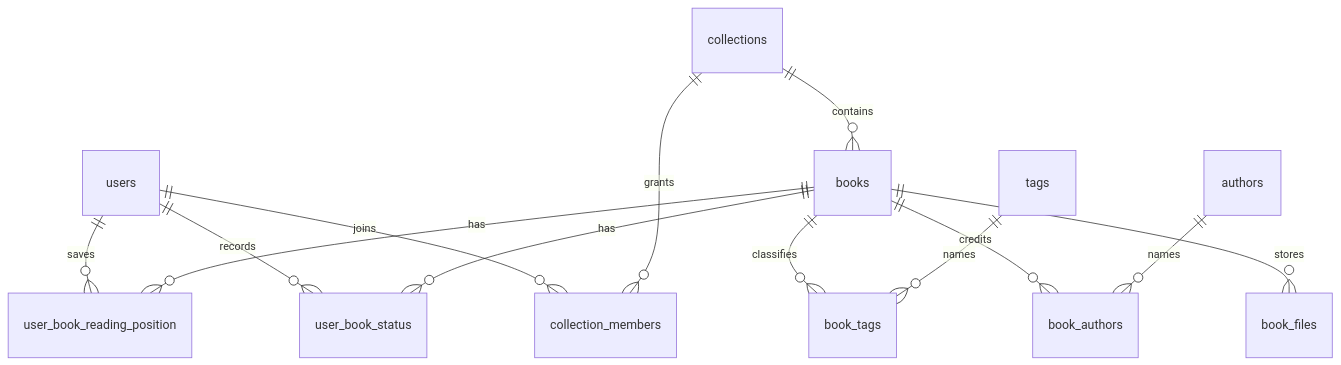
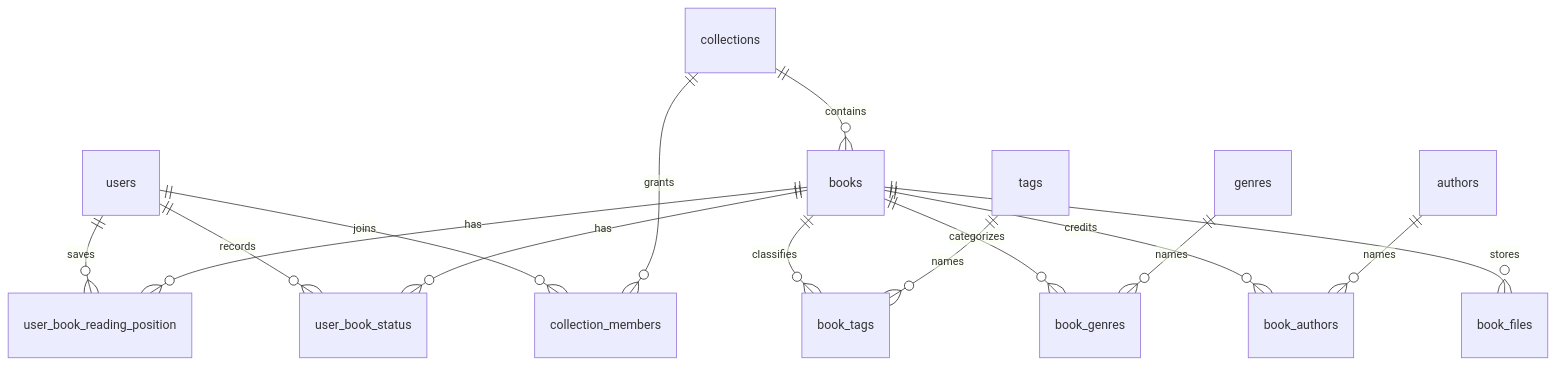
Before and after one commit to lancewilhelm/delb: the diagram in docs/developing/data-model.md, drawn with Mermaid. The commit also changed other lines of this file and 34 other files, not shown here.

````diff
--- a/docs/developing/data-model.md
+++ b/docs/developing/data-model.md
@@ -7,15 +7,17 @@
 ```mermaid
 erDiagram
     users ||--o{ collection_members : joins
     collections ||--o{ collection_members : grants
     collections ||--o{ books : contains
     books ||--o{ book_files : stores
     books ||--o{ book_authors : credits
     authors ||--o{ book_authors : names
+    books ||--o{ book_genres : categorizes
+    genres ||--o{ book_genres : names
     books ||--o{ book_tags : classifies
     tags ||--o{ book_tags : names
     users ||--o{ user_book_status : records
     books ||--o{ user_book_status : has
     users ||--o{ user_book_reading_position : saves
     books ||--o{ user_book_reading_position : has
 ```
````
